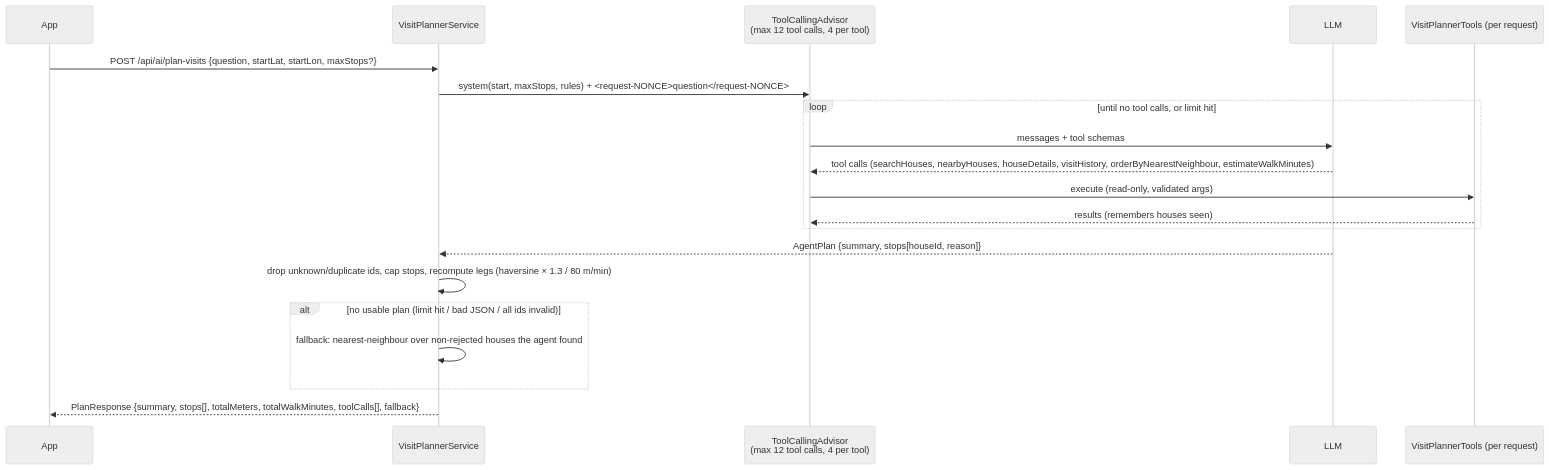
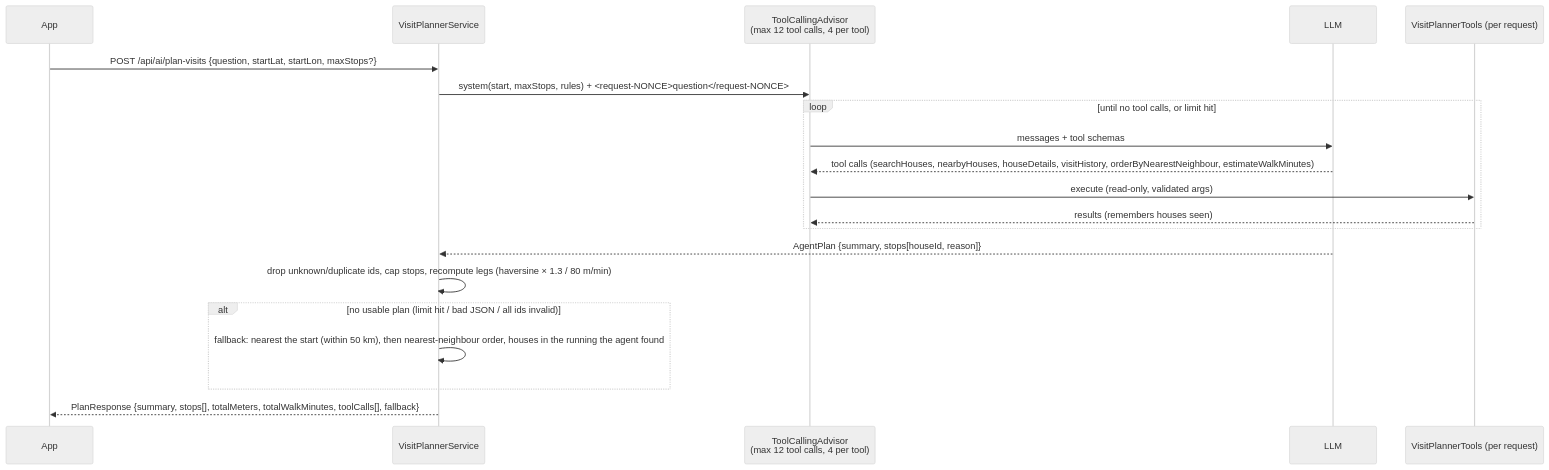
The fifth of 6 diagrams in docs/ai/ai-design.md (Sriram-Codes-SW/doorprints), drawn with Mermaid (neutral theme) before and after one commit. The commit also changed other lines of this file and 5 other files, not shown here.

First line of the commit message:
Make the visit planner's fallback offer the houses nearest the start (S4b-BL-194 item 3)

````diff
--- a/docs/ai/ai-design.md
+++ b/docs/ai/ai-design.md
@@ -543,22 +544,22 @@
 ```mermaid
 sequenceDiagram
   participant App
   participant P as VisitPlannerService
   participant A as ToolCallingAdvisor<br/>(max 12 tool calls, 4 per tool)
   participant M as LLM
   participant T as VisitPlannerTools (per request)
   App->>P: POST /api/ai/plan-visits {question, startLat, startLon, maxStops?}
   P->>A: system(start, maxStops, rules) + <request-NONCE>question</request-NONCE>
   loop until no tool calls, or limit hit
     A->>M: messages + tool schemas
     M-->>A: tool calls (searchHouses, nearbyHouses, houseDetails, visitHistory, orderByNearestNeighbour, estimateWalkMinutes)
     A->>T: execute (read-only, validated args)
     T-->>A: results (remembers houses seen)
   end
   M-->>P: AgentPlan {summary, stops[houseId, reason]}
   P->>P: drop unknown/duplicate ids, cap stops, recompute legs (haversine × 1.3 / 80 m/min)
   alt no usable plan (limit hit / bad JSON / all ids invalid)
-    P->>P: fallback: nearest-neighbour over non-rejected houses the agent found
+    P->>P: fallback: nearest the start (within 50 km), then nearest-neighbour order, houses in the running the agent found
   end
   P-->>App: PlanResponse {summary, stops[], totalMeters, totalWalkMinutes, toolCalls[], fallback}
 ```
````
